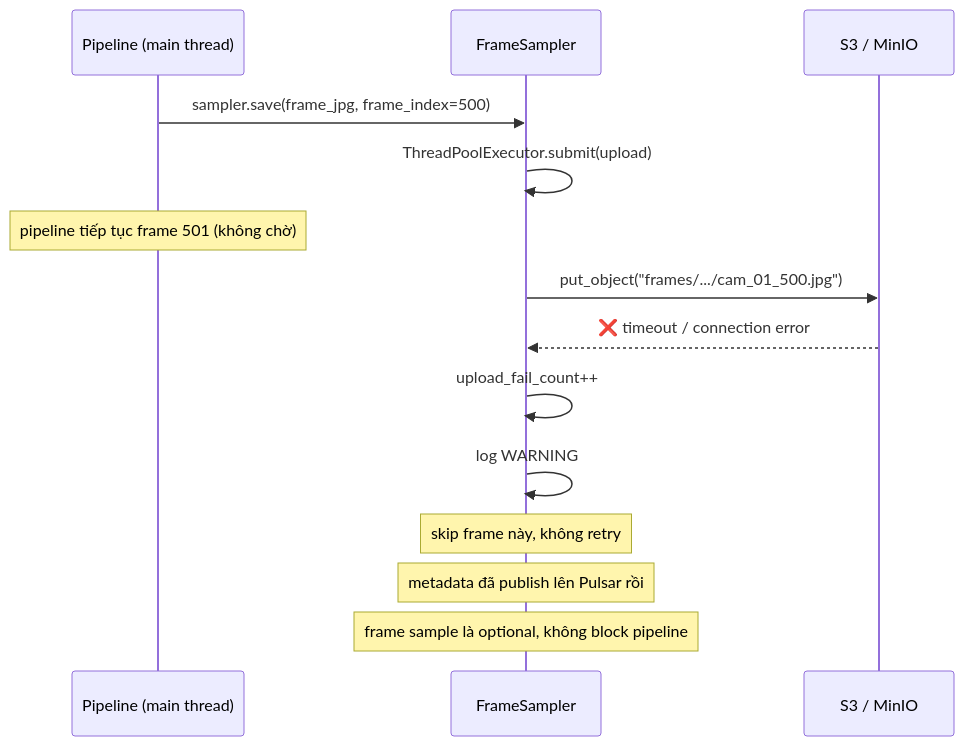
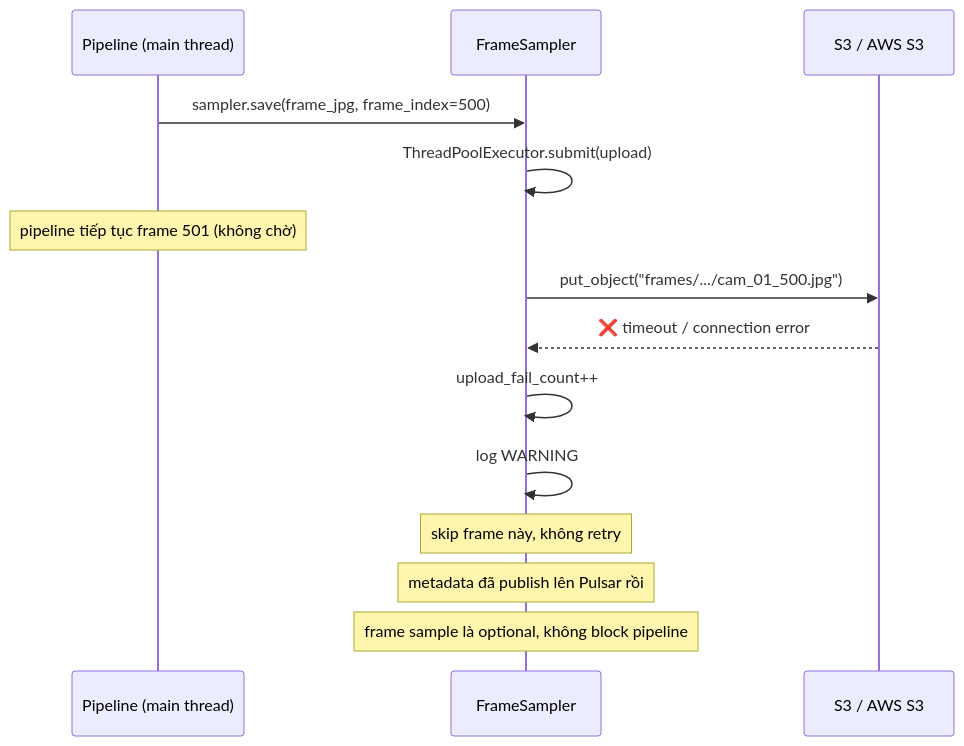
One commit to hungfnguyen/retail-video-analytics changed the fifth of 5 diagrams in docs/mermaid/01_vison/05_failure_handling.md. Above: the diagram before and after it, drawn with Mermaid. The commit also changed 22 other files, not shown here.

Commit message:
docs(storage): update s3 architecture references

````diff
--- a/docs/mermaid/01_vison/05_failure_handling.md
+++ b/docs/mermaid/01_vison/05_failure_handling.md
@@ -129,19 +129,19 @@
 ```mermaid
 sequenceDiagram
     participant PL as Pipeline (main thread)
     participant FS as FrameSampler
-    participant S3 as S3 / MinIO
+    participant S3 as S3 / AWS S3
 
     PL->>FS: sampler.save(frame_jpg, frame_index=500)
     FS->>FS: ThreadPoolExecutor.submit(upload)
     Note over PL: pipeline tiếp tục frame 501 (không chờ)
 
     FS->>S3: put_object("frames/.../cam_01_500.jpg")
     S3-->>FS: ❌ timeout / connection error
 
     FS->>FS: upload_fail_count++
     FS->>FS: log WARNING
     Note over FS: skip frame này, không retry
     Note over FS: metadata đã publish lên Pulsar rồi
     Note over FS: frame sample là optional, không block pipeline
 ```
````
